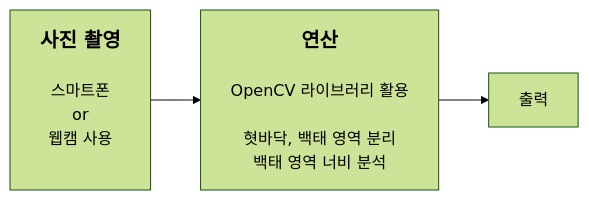
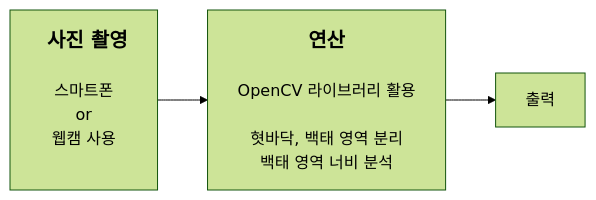
Before and after one commit to 201710808/-p: the diagram in Readme.md, drawn with Mermaid (forest theme).

````diff
--- a/Readme.md
+++ b/Readme.md
@@ -3,5 +3,5 @@
 ```mermaid
 graph LR
-A[<b><span style='font-size:20px'>사진 촬영</span></b><br><br>스마트폰\nor\n웹캠 사용<br><br>]-->B[<b><span style='font-size:20px'>연산</span></b><br><br>OpenCV 라이브러리 활용<br><br>혓바닥, 백태 영역 분리<br>백태 영역 너비 분석]
+A[<b><span style='font-size:20px'>&#160;사진 촬영</span></b><br><br>스마트폰\nor\n웹캠 사용<br><br>]-->B[<b><span style='font-size:20px'>연산</span></b><br><br>OpenCV 라이브러리 활용<br><br>혓바닥, 백태 영역 분리<br>백태 영역 너비 분석]
 B-->C[출력]
 ```
````
